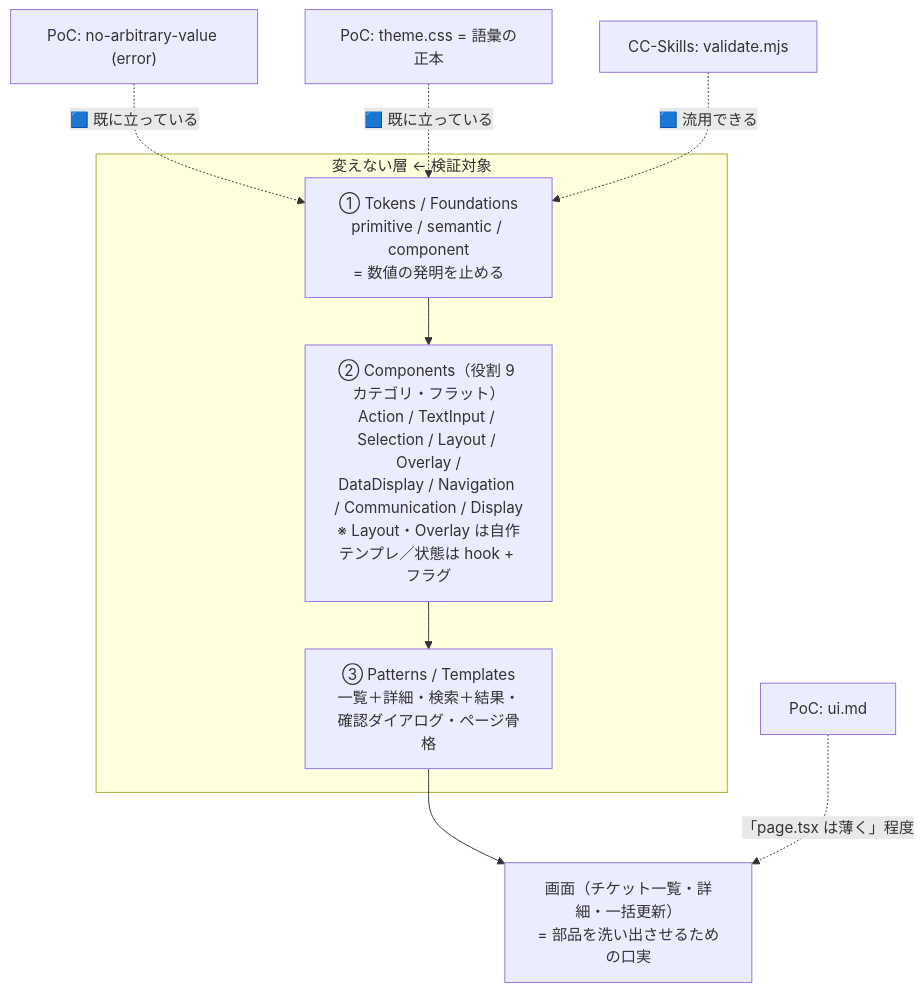
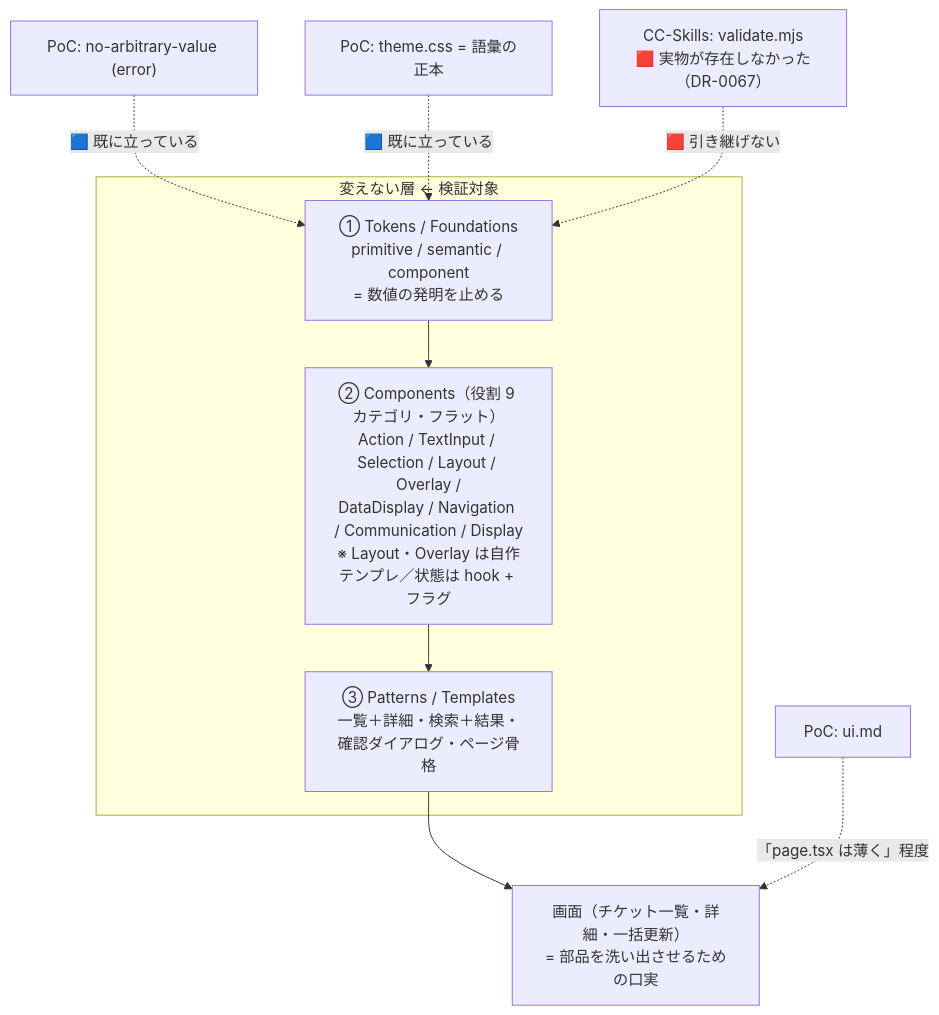
Before and after one commit to yatami0/design: the second of 3 diagrams in docs/UI検証の位置づけと段取り.md, drawn with Mermaid. The commit also changed other lines of this file and 24 other files, not shown here.

````diff
--- a/docs/UI検証の位置づけと段取り.md
+++ b/docs/UI検証の位置づけと段取り.md
@@ -82,16 +82,16 @@
 ```mermaid
 flowchart TD
   subgraph fixed["変えない層 ← 検証対象"]
     T1["① Tokens / Foundations<br/>primitive / semantic / component<br/>= 数値の発明を止める"]
     T2["② Components（役割 9 カテゴリ・フラット）<br/>Action / TextInput / Selection / Layout / Overlay /<br/>DataDisplay / Navigation / Communication / Display<br/>※ Layout・Overlay は自作テンプレ／状態は hook + フラグ"]
     T3["③ Patterns / Templates<br/>一覧＋詳細・検索＋結果・確認ダイアログ・ページ骨格"]
   end
   SC["画面（チケット一覧・詳細・一括更新）<br/>= 部品を洗い出させるための口実"]
 
   T1 --> T2 --> T3 --> SC
 
   G1["PoC: no-arbitrary-value (error)"] -. "🟦 既に立っている" .-> T1
   G2["PoC: theme.css = 語彙の正本"] -. "🟦 既に立っている" .-> T1
-  G3["CC-Skills: validate.mjs"] -. "🟦 流用できる" .-> T1
+  G3["CC-Skills: validate.mjs<br/>🟥 実物が存在しなかった（DR-0067）"] -. "🟥 引き継げない" .-> T1
   G4["PoC: ui.md"] -. "「page.tsx は薄く」程度" .-> SC
 ```
````
